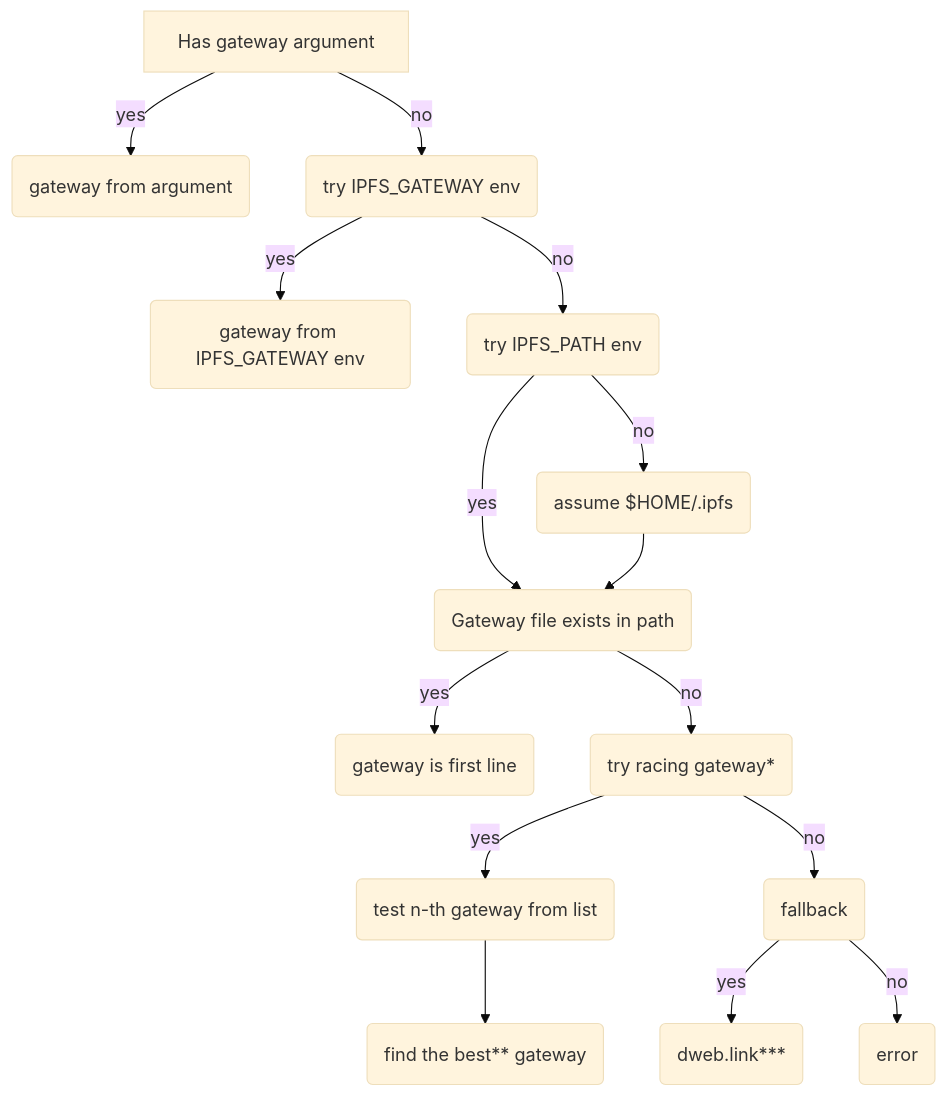
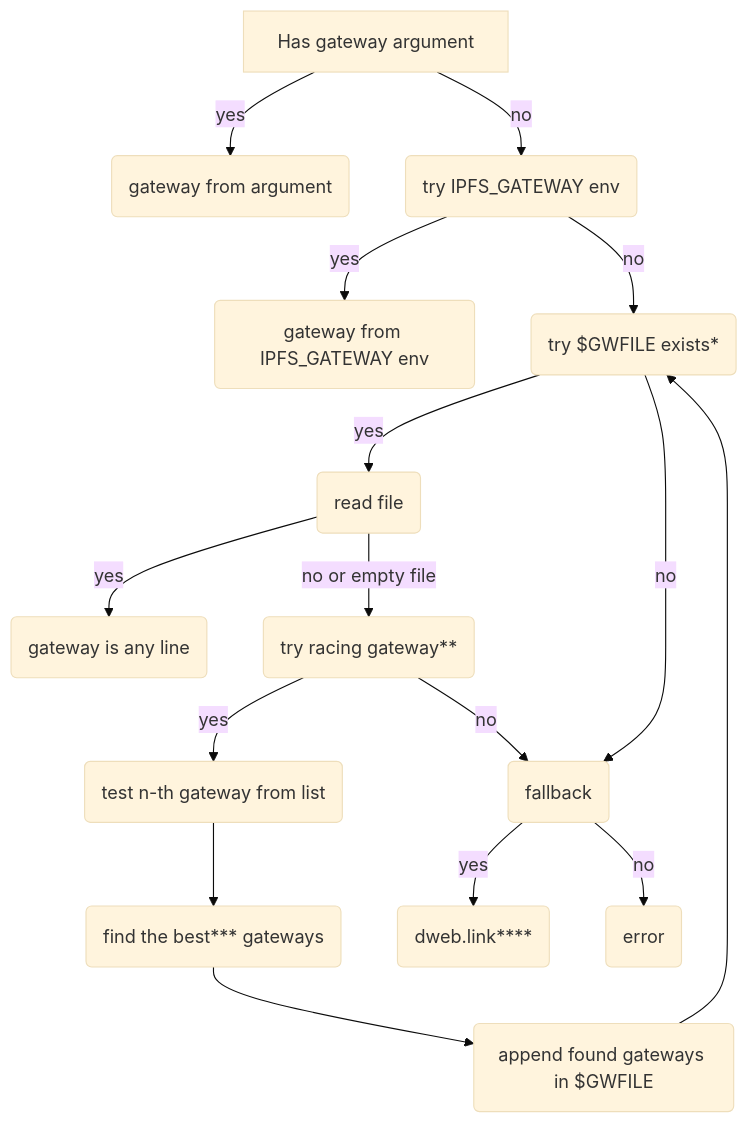
One commit to ipfs/specs changed the diagram in INTEGRATION.md. Above: the diagram before and after it, drawn with Mermaid (base theme). The commit also changed other lines of this file, not shown here.

````diff
--- a/INTEGRATION.md
+++ b/INTEGRATION.md
@@ -42,17 +75,18 @@
 ```mermaid
   graph TD;
       A[Has gateway argument] --> |yes| B(gateway from argument);
       A[Has gateway argument] --> |no| C(try IPFS_GATEWAY env);
       C --> |yes| D(gateway from IPFS_GATEWAY env);
-      C --> |no| E(try IPFS_PATH env);
-      E --> |yes| F;
-      E --> |no| G(assume $HOME/.ipfs);
-      G --> F(Gateway file exists in path);
-      F --> |yes| I(gateway is first line);
-      F --> |no| J(try racing gateway*);
+      C --> |no| E(try $GWFILE exists*);
+      E --> |yes| F(read file);
+      E --> |no| L;
+      F --> |yes| I(gateway is any line);
+      F --> |no or empty file| J(try racing gateway**);
       J --> |yes| K(test n-th gateway from list);
-      K --> KA(find the best** gateway);
       J --> |no| L(fallback);
-      L --> |yes| M(dweb.link***);
+      L --> |yes| M(dweb.link****);
       L --> |no| N(error);
+      K --> KA(find the best*** gateways);
+      KA --> KB(append found gateways in $GWFILE);
+      KB --> E;
 ```
````
